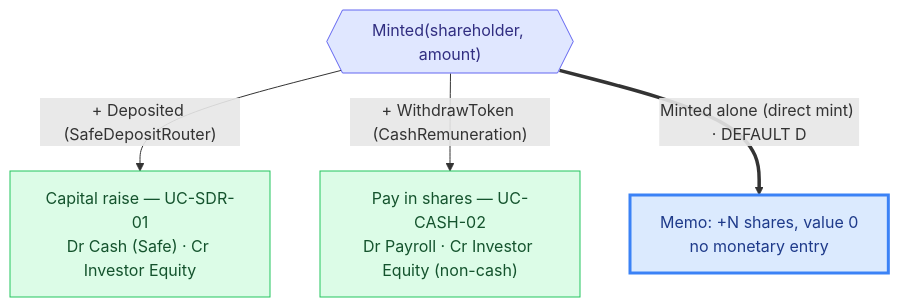
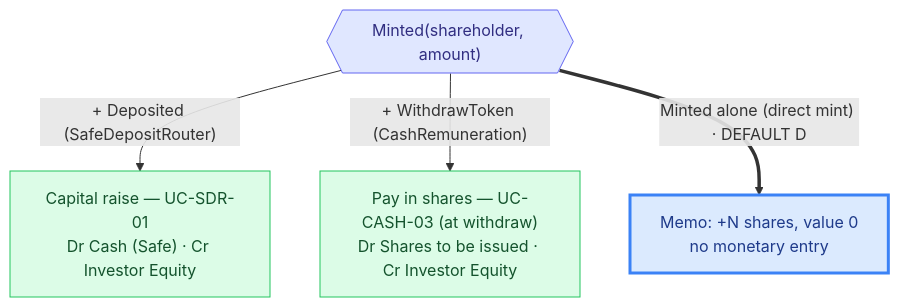
One commit to globe-and-citizen/cnc-portal changed the third of 3 diagrams in docs/features/accounting/money-flow-catalogue.md. Above: the diagram before and after it, drawn with Mermaid. The commit also changed other lines of this file, not shown here.

First line of the commit message:
docs: 📝 update money-flow catalogue to include 'Shares to be issued' liability

````diff
--- a/docs/features/accounting/money-flow-catalogue.md
+++ b/docs/features/accounting/money-flow-catalogue.md
@@ -231,11 +236,11 @@
 ```mermaid
 flowchart TD
   minted{{"Minted(shareholder, amount)"}}:::evt
   minted -->|"+ Deposited (SafeDepositRouter)"| cap["Capital raise — UC-SDR-01<br/>Dr Cash (Safe) · Cr Investor Equity"]:::ok
-  minted -->|"+ WithdrawToken (CashRemuneration)"| pay["Pay in shares — UC-CASH-02<br/>Dr Payroll · Cr Investor Equity (non-cash)"]:::ok
+  minted -->|"+ WithdrawToken (CashRemuneration)"| pay["Pay in shares — UC-CASH-03 (at withdraw)<br/>Dr Shares to be issued · Cr Investor Equity"]:::ok
   minted ==>|"Minted alone (direct mint) · DEFAULT D"| d["Memo: +N shares, value 0<br/>no monetary entry"]:::def
 
   classDef evt fill:#e0e7ff,stroke:#6366f1,color:#312e81;
   classDef ok fill:#dcfce7,stroke:#22c55e,color:#14532d;
   classDef def fill:#dbeafe,stroke:#3b82f6,color:#1e3a8a,stroke-width:3px;
 ```
````
